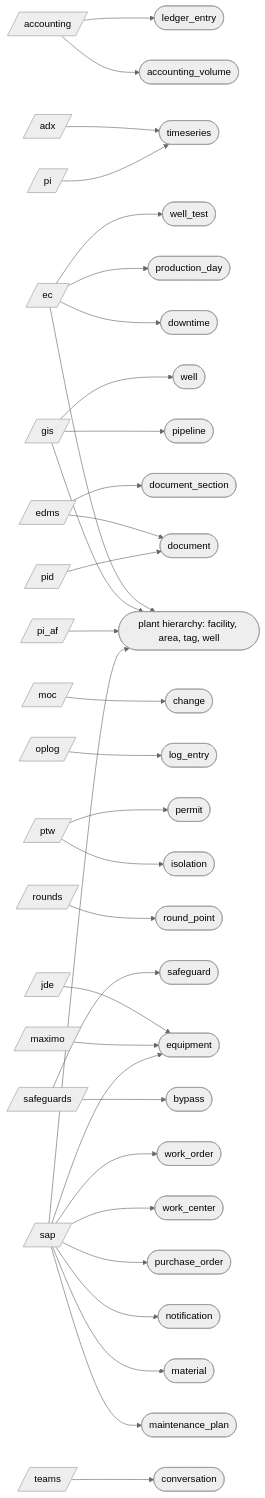
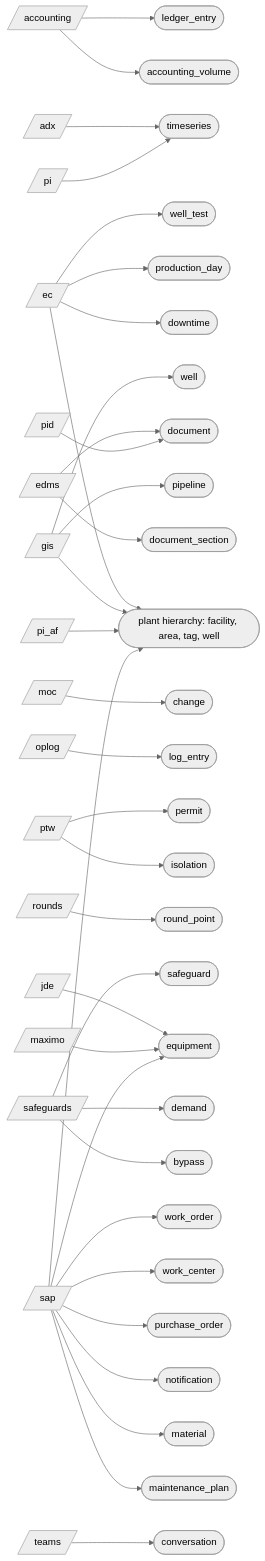
One commit to areed145/fuzer changed the second of 3 diagrams in docs/architecture.md. Above: the diagram before and after it, drawn with Mermaid (neutral theme). The commit also changed 17 other files, not shown here.

````diff
--- a/docs/architecture.md
+++ b/docs/architecture.md
@@ -80,79 +80,81 @@
 ```mermaid
 flowchart LR
   src_accounting[/"accounting"/]
   src_adx[/"adx"/]
   src_ec[/"ec"/]
   src_edms[/"edms"/]
   src_gis[/"gis"/]
   src_jde[/"jde"/]
   src_maximo[/"maximo"/]
   src_moc[/"moc"/]
   src_oplog[/"oplog"/]
   src_pi[/"pi"/]
   src_pi_af[/"pi_af"/]
   src_pid[/"pid"/]
   src_ptw[/"ptw"/]
   src_rounds[/"rounds"/]
   src_safeguards[/"safeguards"/]
   src_sap[/"sap"/]
   src_teams[/"teams"/]
   kind_accounting_volume(["accounting_volume"])
   kind_bypass(["bypass"])
   kind_change(["change"])
   kind_conversation(["conversation"])
+  kind_demand(["demand"])
   kind_document(["document"])
   kind_document_section(["document_section"])
   kind_downtime(["downtime"])
   kind_equipment(["equipment"])
   kind_isolation(["isolation"])
   kind_ledger_entry(["ledger_entry"])
   kind_log_entry(["log_entry"])
   kind_maintenance_plan(["maintenance_plan"])
   kind_material(["material"])
   kind_notification(["notification"])
   kind_permit(["permit"])
   kind_pipeline(["pipeline"])
   kind_plant_hierarchy__facility__area__tag__well(["plant hierarchy: facility, area, tag, well"])
   kind_production_day(["production_day"])
   kind_purchase_order(["purchase_order"])
   kind_round_point(["round_point"])
   kind_safeguard(["safeguard"])
   kind_timeseries(["timeseries"])
   kind_well(["well"])
   kind_well_test(["well_test"])
   kind_work_center(["work_center"])
   kind_work_order(["work_order"])
   src_accounting --> kind_accounting_volume
   src_accounting --> kind_ledger_entry
   src_adx --> kind_timeseries
   src_ec --> kind_downtime
   src_ec --> kind_plant_hierarchy__facility__area__tag__well
   src_ec --> kind_production_day
   src_ec --> kind_well_test
   src_edms --> kind_document
   src_edms --> kind_document_section
   src_gis --> kind_pipeline
   src_gis --> kind_plant_hierarchy__facility__area__tag__well
   src_gis --> kind_well
   src_jde --> kind_equipment
   src_maximo --> kind_equipment
   src_moc --> kind_change
   src_oplog --> kind_log_entry
   src_pi --> kind_timeseries
   src_pi_af --> kind_plant_hierarchy__facility__area__tag__well
   src_pid --> kind_document
   src_ptw --> kind_isolation
   src_ptw --> kind_permit
   src_rounds --> kind_round_point
   src_safeguards --> kind_bypass
+  src_safeguards --> kind_demand
   src_safeguards --> kind_safeguard
   src_sap --> kind_equipment
   src_sap --> kind_maintenance_plan
   src_sap --> kind_material
   src_sap --> kind_notification
   src_sap --> kind_plant_hierarchy__facility__area__tag__well
   src_sap --> kind_purchase_order
   src_sap --> kind_work_center
   src_sap --> kind_work_order
   src_teams --> kind_conversation
 ```
````
